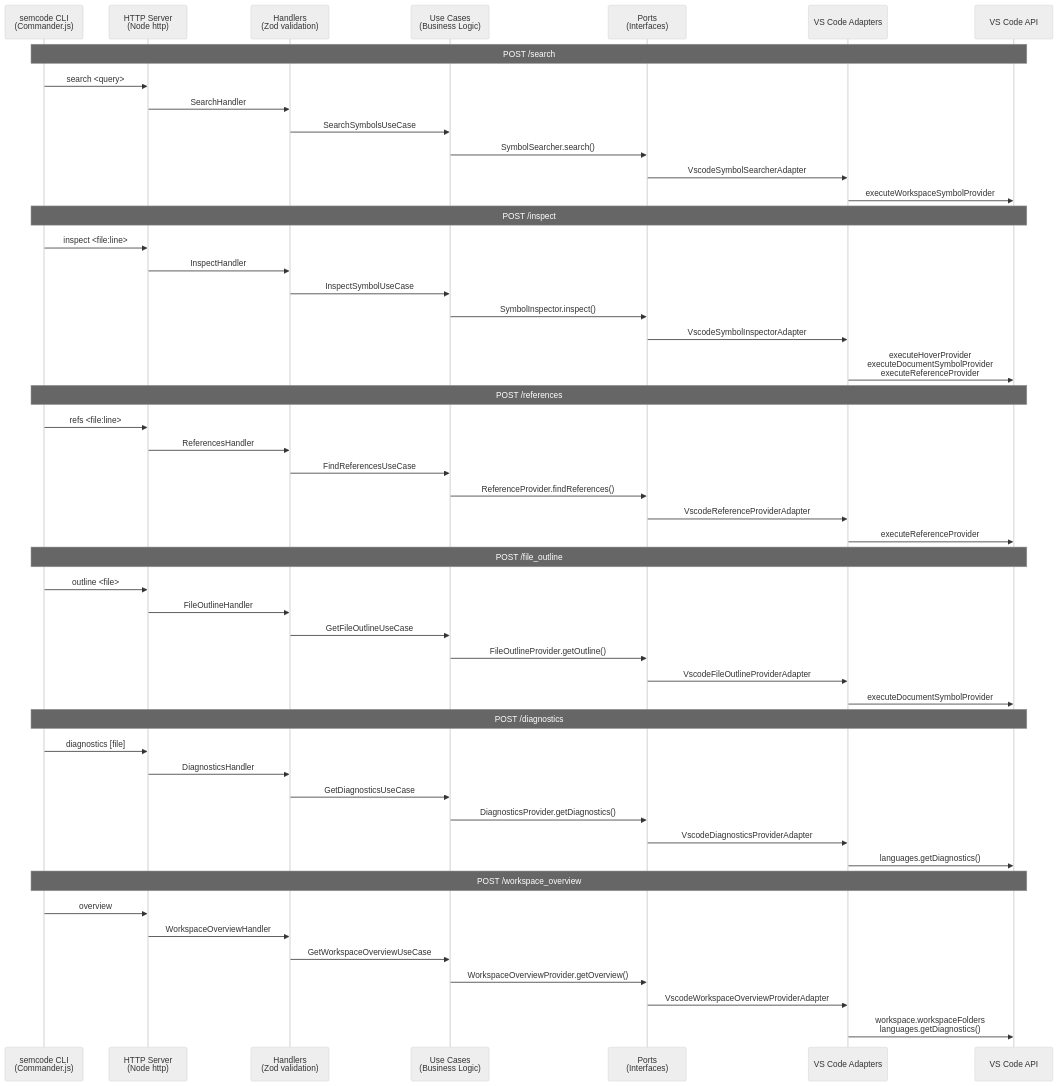
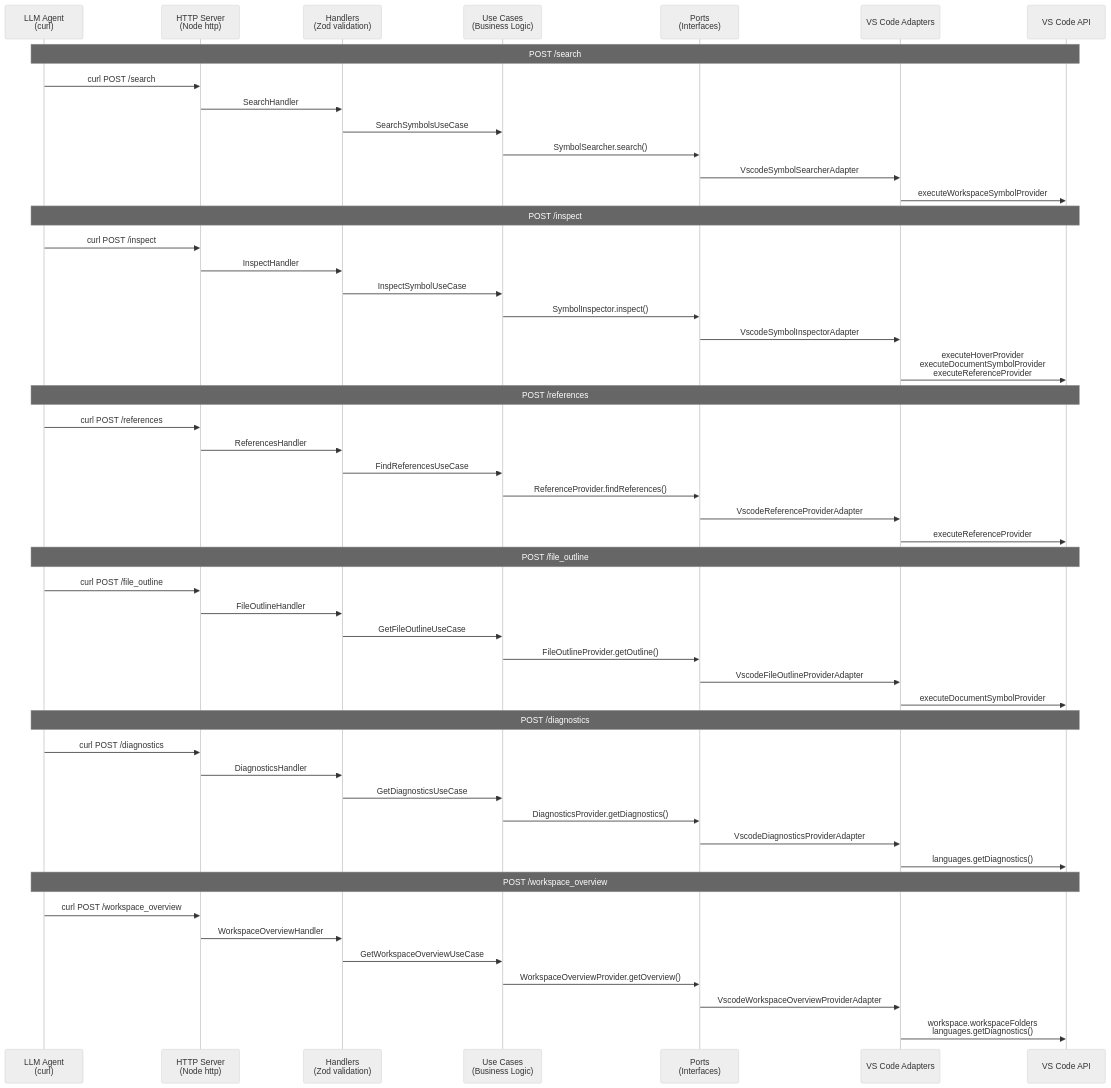
The fifth of 6 diagrams in docs/sequence-diagram.md (omurakazuaki/lsp-relay-vscode-extension), drawn with Mermaid (neutral theme) before and after one commit. The commit also changed other lines of this file and 19 other files, not shown here.

````diff
--- a/docs/sequence-diagram.md
+++ b/docs/sequence-diagram.md
@@ -208,58 +208,58 @@
 ```mermaid
 sequenceDiagram
-    participant CLI as semcode CLI<br/>(Commander.js)
+    participant Agent as LLM Agent<br/>(curl)
     participant HTTP as HTTP Server<br/>(Node http)
     participant H as Handlers<br/>(Zod validation)
     participant UC as Use Cases<br/>(Business Logic)
     participant P as Ports<br/>(Interfaces)
     participant A as VS Code Adapters
     participant VS as VS Code API
 
-    Note over CLI,VS: POST /search
-    CLI->>HTTP: search <query>
+    Note over Agent,VS: POST /search
+    Agent->>HTTP: curl POST /search
     HTTP->>H: SearchHandler
     H->>UC: SearchSymbolsUseCase
     UC->>P: SymbolSearcher.search()
     P->>A: VscodeSymbolSearcherAdapter
     A->>VS: executeWorkspaceSymbolProvider
 
-    Note over CLI,VS: POST /inspect
-    CLI->>HTTP: inspect <file:line>
+    Note over Agent,VS: POST /inspect
+    Agent->>HTTP: curl POST /inspect
     HTTP->>H: InspectHandler
     H->>UC: InspectSymbolUseCase
     UC->>P: SymbolInspector.inspect()
     P->>A: VscodeSymbolInspectorAdapter
     A->>VS: executeHoverProvider<br/>executeDocumentSymbolProvider<br/>executeReferenceProvider
 
-    Note over CLI,VS: POST /references
-    CLI->>HTTP: refs <file:line>
+    Note over Agent,VS: POST /references
+    Agent->>HTTP: curl POST /references
     HTTP->>H: ReferencesHandler
     H->>UC: FindReferencesUseCase
     UC->>P: ReferenceProvider.findReferences()
     P->>A: VscodeReferenceProviderAdapter
     A->>VS: executeReferenceProvider
 
-    Note over CLI,VS: POST /file_outline
-    CLI->>HTTP: outline <file>
+    Note over Agent,VS: POST /file_outline
+    Agent->>HTTP: curl POST /file_outline
     HTTP->>H: FileOutlineHandler
     H->>UC: GetFileOutlineUseCase
     UC->>P: FileOutlineProvider.getOutline()
     P->>A: VscodeFileOutlineProviderAdapter
     A->>VS: executeDocumentSymbolProvider
 
-    Note over CLI,VS: POST /diagnostics
-    CLI->>HTTP: diagnostics [file]
+    Note over Agent,VS: POST /diagnostics
+    Agent->>HTTP: curl POST /diagnostics
     HTTP->>H: DiagnosticsHandler
     H->>UC: GetDiagnosticsUseCase
     UC->>P: DiagnosticsProvider.getDiagnostics()
     P->>A: VscodeDiagnosticsProviderAdapter
     A->>VS: languages.getDiagnostics()
 
-    Note over CLI,VS: POST /workspace_overview
-    CLI->>HTTP: overview
+    Note over Agent,VS: POST /workspace_overview
+    Agent->>HTTP: curl POST /workspace_overview
     HTTP->>H: WorkspaceOverviewHandler
     H->>UC: GetWorkspaceOverviewUseCase
     UC->>P: WorkspaceOverviewProvider.getOverview()
     P->>A: VscodeWorkspaceOverviewProviderAdapter
     A->>VS: workspace.workspaceFolders<br/>languages.getDiagnostics()
 ```
````
